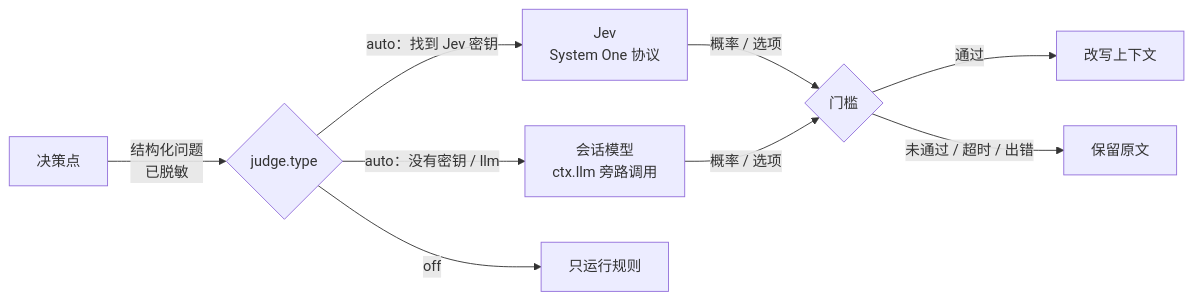
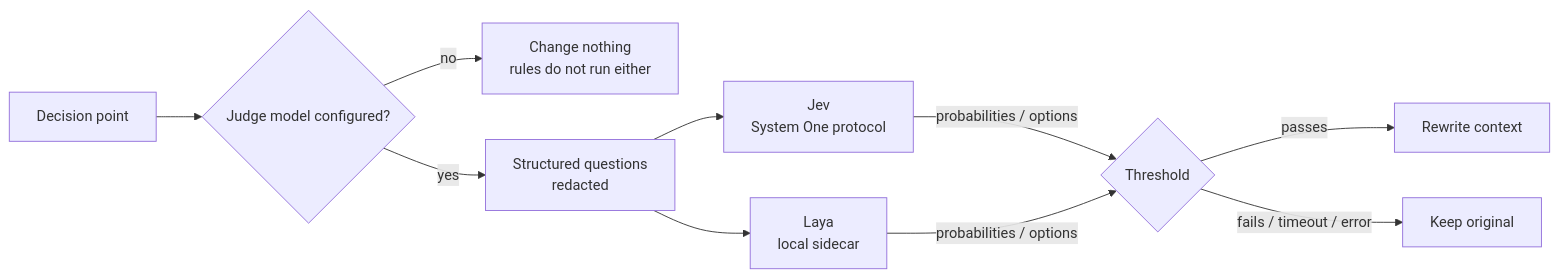
One commit to Sev7eEn7/dsh-sieve changed the second of 2 diagrams in README.md. Above: the diagram before and after it, drawn with Mermaid. The commit also changed other lines of this file and 22 other files, not shown here.

Commit message:
完善 Jev/Laya 判断配置、测量与英文默认文档

````diff
--- a/README.md
+++ b/README.md
@@ -87,10 +118,11 @@
 ```mermaid
 flowchart LR
-    D[决策点] -->|结构化问题<br/>已脱敏| R{judge.type}
-    R -->|auto：找到 Jev 密钥| JV["Jev<br/>System One 协议"]
-    R -->|auto：没有密钥 / llm| LM["会话模型<br/>ctx.llm 旁路调用"]
-    R -->|off| RU[只运行规则]
-    JV & LM -->|概率 / 选项| P{门槛}
-    P -->|通过| AP[改写上下文]
-    P -->|未通过 / 超时 / 出错| KP[保留原文]
+    D[Decision point] --> R{Judge model configured?}
+    R -->|no| N[Change nothing<br/>rules do not run either]
+    R -->|yes| Q[Structured questions<br/>redacted]
+    Q --> JV["Jev<br/>System One protocol"]
+    Q --> LY["Laya<br/>local sidecar"]
+    JV & LY -->|probabilities / options| P{Threshold}
+    P -->|passes| AP[Rewrite context]
+    P -->|fails / timeout / error| KP[Keep original]
 ```
````
